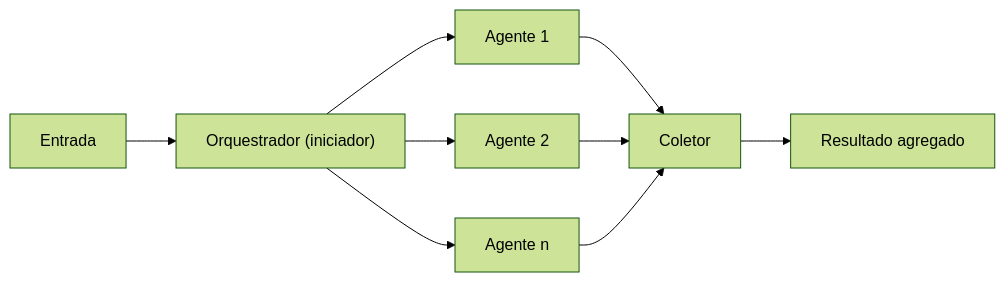
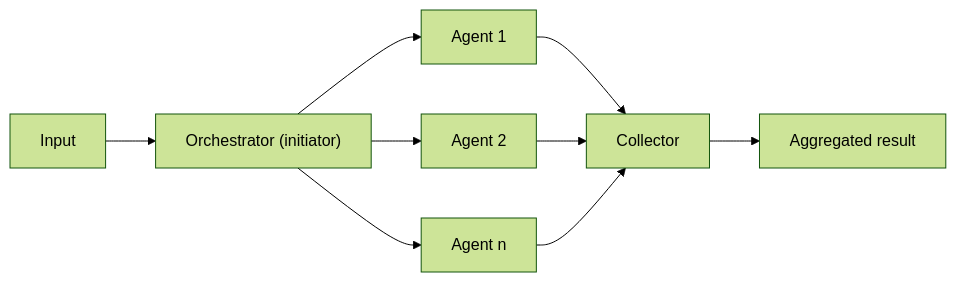
The diagram in docs/ai/agent-orchestration/deterministic-workflows/concurrent-orchestration.md (alancesar/design-patterns), drawn with Mermaid (forest theme) before and after one commit. The commit also changed 258 other files, not shown here.

First line of the commit message:
Translate Mermaid diagrams to English

````diff
--- a/docs/ai/agent-orchestration/deterministic-workflows/concurrent-orchestration.md
+++ b/docs/ai/agent-orchestration/deterministic-workflows/concurrent-orchestration.md
@@ -66,12 +66,12 @@
 ```mermaid
-%% Fan-out/fan-in: o orquestrador distribui a mesma entrada e agrega os resultados
+%% Fan-out/fan-in: the orchestrator distributes the same input and aggregates the results
 flowchart LR
-    E["Entrada"] --> O["Orquestrador (iniciador)"]
-    O --> A1["Agente 1"]
-    O --> A2["Agente 2"]
-    O --> A3["Agente n"]
-    A1 --> C["Coletor"]
+    E["Input"] --> O["Orchestrator (initiator)"]
+    O --> A1["Agent 1"]
+    O --> A2["Agent 2"]
+    O --> A3["Agent n"]
+    A1 --> C["Collector"]
     A2 --> C
     A3 --> C
-    C --> R["Resultado agregado"]
+    C --> R["Aggregated result"]
 ```
````
